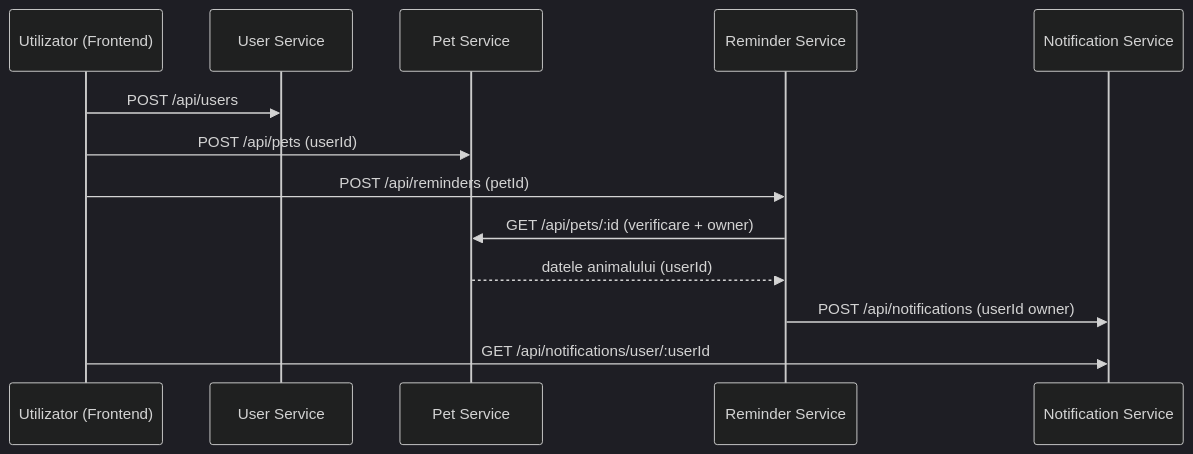
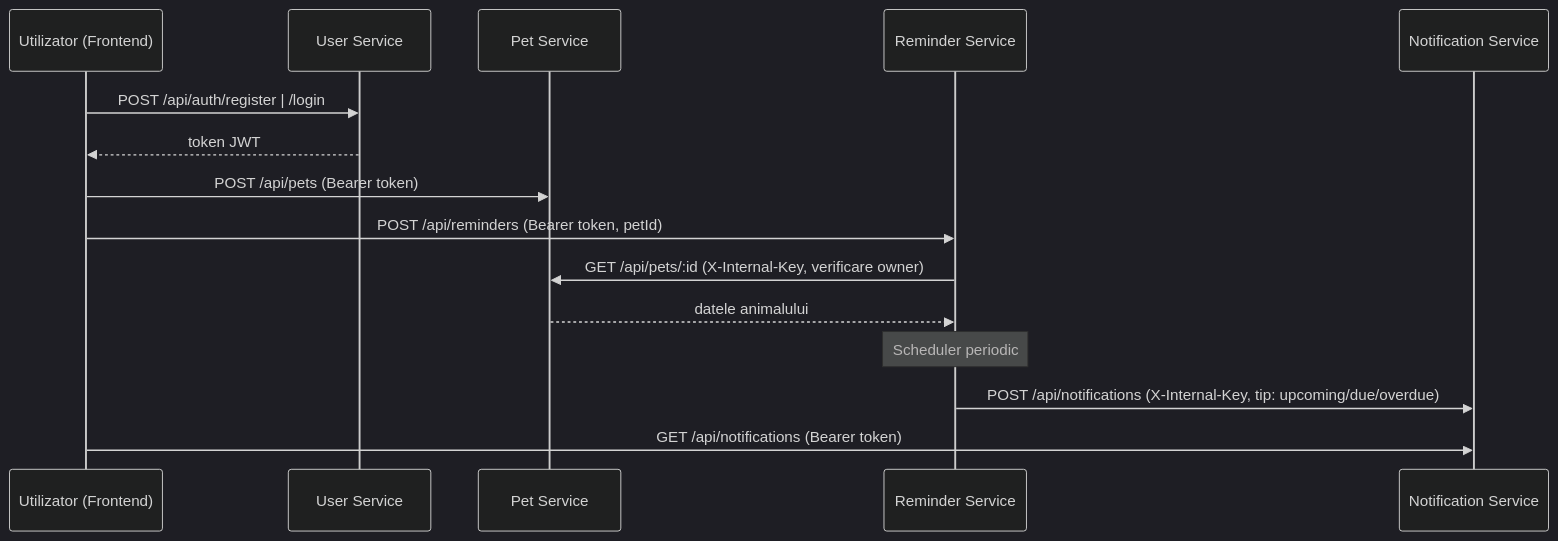
Before and after one commit to rancovlarisa24/pet-care-reminder-app: the second of 2 diagrams in README.md, drawn with Mermaid (dark theme). The commit also changed other lines of this file and 40 other files, not shown here.

First line of the commit message:
feat: autentificare JWT, scheduler notificari temporizate si redesign frontend

````diff
--- a/README.md
+++ b/README.md
@@ -63,16 +77,18 @@
 ```mermaid
 sequenceDiagram
     participant U as Utilizator (Frontend)
     participant US as User Service
     participant PS as Pet Service
     participant RS as Reminder Service
     participant NS as Notification Service
 
-    U->>US: POST /api/users
-    U->>PS: POST /api/pets (userId)
-    U->>RS: POST /api/reminders (petId)
-    RS->>PS: GET /api/pets/:id (verificare + owner)
-    PS-->>RS: datele animalului (userId)
-    RS->>NS: POST /api/notifications (userId owner)
-    U->>NS: GET /api/notifications/user/:userId
+    U->>US: POST /api/auth/register | /login
+    US-->>U: token JWT
+    U->>PS: POST /api/pets (Bearer token)
+    U->>RS: POST /api/reminders (Bearer token, petId)
+    RS->>PS: GET /api/pets/:id (X-Internal-Key, verificare owner)
+    PS-->>RS: datele animalului
+    Note over RS: Scheduler periodic
+    RS->>NS: POST /api/notifications (X-Internal-Key, tip: upcoming/due/overdue)
+    U->>NS: GET /api/notifications (Bearer token)
 ```
````
